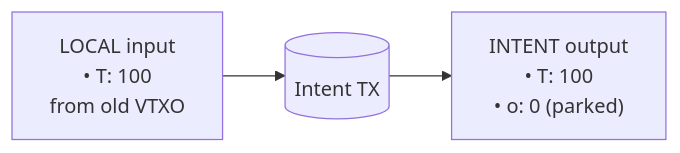
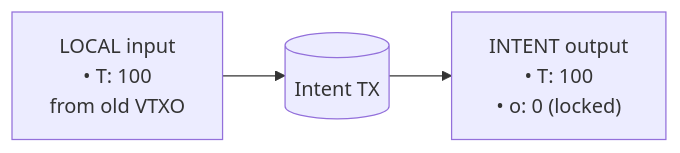
The seventh of 11 diagrams in examples.md (ArkLabsHQ/arkade-assets), drawn with Mermaid before and after one commit. The commit also changed other lines of this file and 3 other files, not shown here.

````diff
--- a/examples.md
+++ b/examples.md
@@ -349,6 +349,6 @@
 ```mermaid
 flowchart LR
   IntentTX[(Intent TX)]
   i0["LOCAL input<br/>• T: 100<br/>from old VTXO"] --> IntentTX
-  IntentTX --> o_intent["INTENT output<br/>• T: 100<br/>• o: 0 (parked)"]
+  IntentTX --> o_intent["INTENT output<br/>• T: 100<br/>• o: 0 (locked)"]
 ```
````
